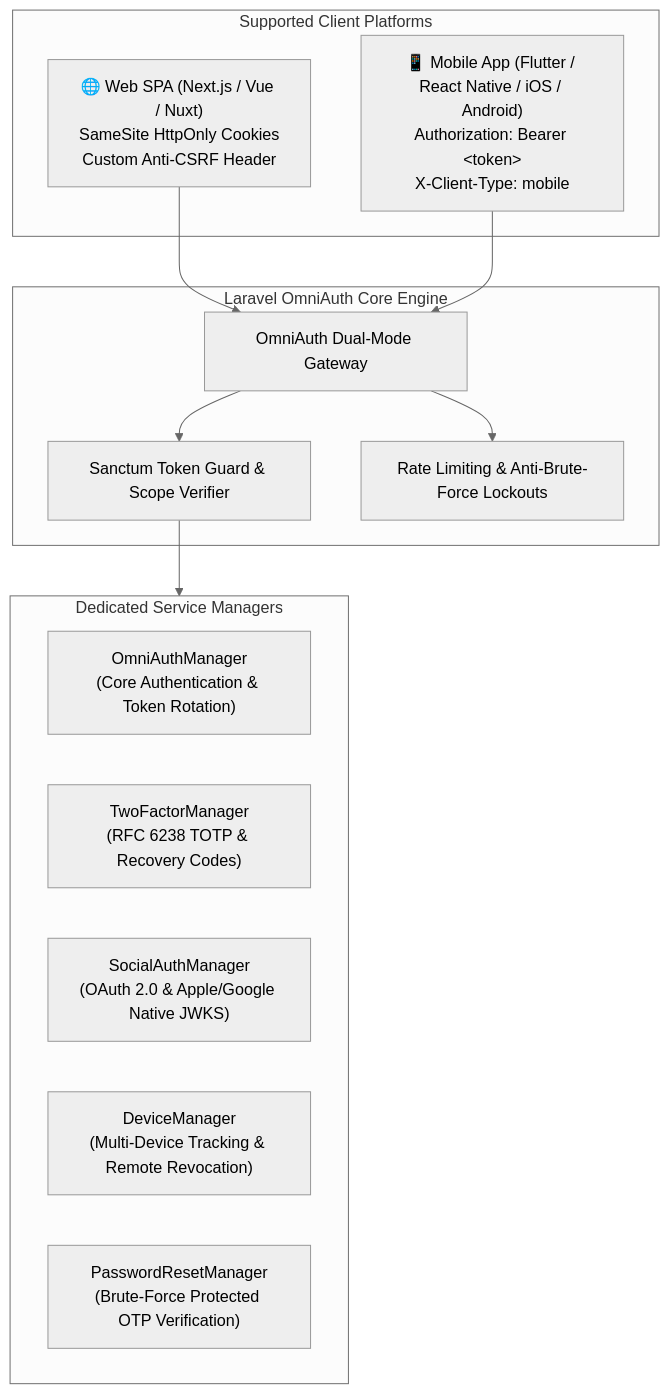
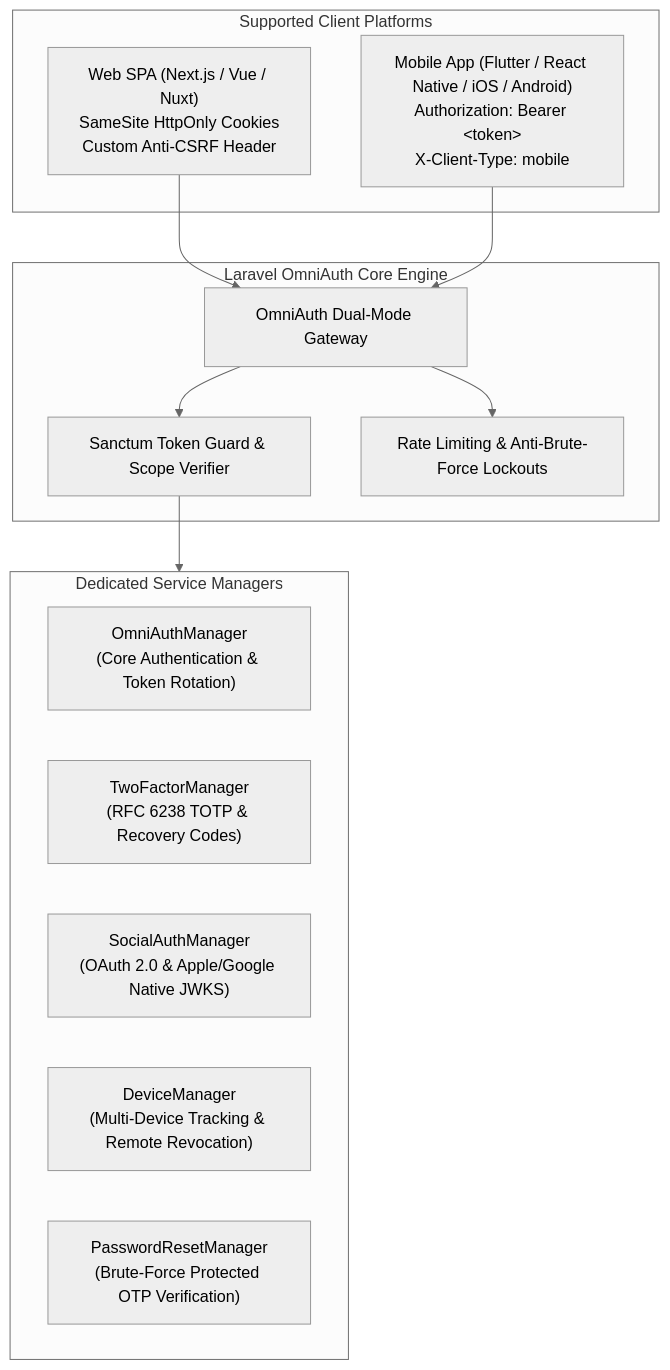
The diagram in docs/src/content/docs/getting-started/overview.md (kaziomarsh24/laravel-omni-auth), drawn with Mermaid (neutral theme) before and after one commit. The commit also changed 10 other files, not shown here.

````diff
--- a/docs/src/content/docs/getting-started/overview.md
+++ b/docs/src/content/docs/getting-started/overview.md
@@ -53,27 +53,27 @@
 ```mermaid
 graph TD
     subgraph Clients["Supported Client Platforms"]
-        Web["🌐 Web SPA (Next.js / Vue / Nuxt)<br/>SameSite HttpOnly Cookies<br/>Custom Anti-CSRF Header"]
-        Mobile["📱 Mobile App (Flutter / React Native / iOS / Android)<br/>Authorization: Bearer &lt;token&gt;<br/>X-Client-Type: mobile"]
+        Web["Web SPA (Next.js / Vue / Nuxt)<br/>SameSite HttpOnly Cookies<br/>Custom Anti-CSRF Header"]
+        Mobile["Mobile App (Flutter / React Native / iOS / Android)<br/>Authorization: Bearer &lt;token&gt;<br/>X-Client-Type: mobile"]
     end
 
     subgraph Core["Laravel OmniAuth Core Engine"]
         Gateway["OmniAuth Dual-Mode Gateway"]
         Guard["Sanctum Token Guard & Scope Verifier"]
         Defense["Rate Limiting & Anti-Brute-Force Lockouts"]
     end
 
     subgraph Managers["Dedicated Service Managers"]
         M1["OmniAuthManager<br/>(Core Authentication & Token Rotation)"]
         M2["TwoFactorManager<br/>(RFC 6238 TOTP & Recovery Codes)"]
         M3["SocialAuthManager<br/>(OAuth 2.0 & Apple/Google Native JWKS)"]
         M4["DeviceManager<br/>(Multi-Device Tracking & Remote Revocation)"]
         M5["PasswordResetManager<br/>(Brute-Force Protected OTP Verification)"]
     end
 
     Web --> Gateway
     Mobile --> Gateway
     Gateway --> Guard
     Gateway --> Defense
     Guard --> Managers
 ```
````
